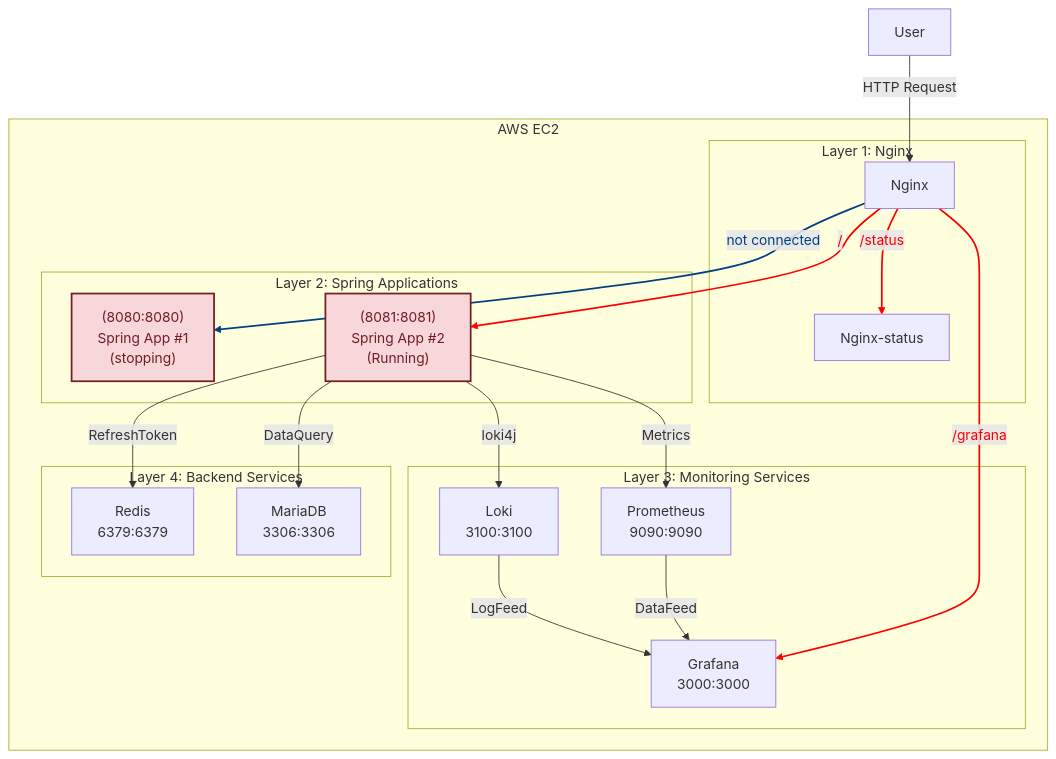
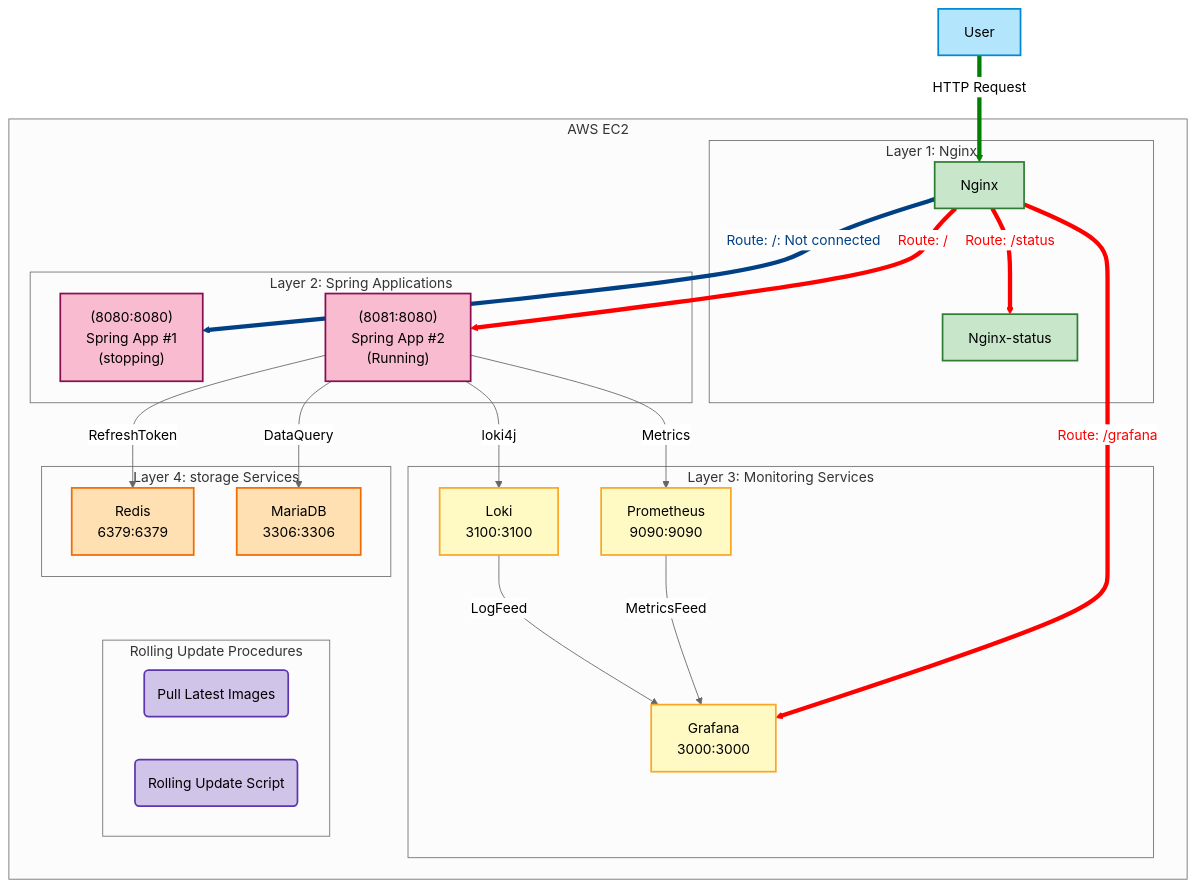
Before and after one commit to tape4/spring-cicd-template: the fourth of 5 diagrams in README.md, drawn with Mermaid. The commit also changed other lines of this file, not shown here.

````diff
--- a/README.md
+++ b/README.md
@@ -195,60 +225,71 @@
 ```mermaid
+%%{init: {'theme': 'neutral', 'themeVariables': { 'background': '#F0F0F0' }}}%%
 flowchart TD
-		%% 노드에 적용할 클래스 정의
+	%% 노드에 적용할 클래스 정의
     classDef redText fill:#f8d7da,stroke:#721c24,stroke-width:2px,color:#721c24;
     classDef blueText fill:#cce5ff,stroke:#004085,stroke-width:2px,color:#004085;
+    classDef external fill:#b3e5fc,stroke:#0288d1,stroke-width:2px;
+    classDef nginx fill:#c8e6c9,stroke:#2e7d32,stroke-width:2px;
+    classDef app fill:#f8bbd0,stroke:#880e4f,stroke-width:2px;
+    classDef monitor fill:#fff9c4,stroke:#f9a825,stroke-width:2px;
+    classDef storage fill:#ffe0b2,stroke:#ef6c00,stroke-width:2px;
+    classDef management fill:#d1c4e9,stroke:#5e35b1,stroke-width:2px;
     
-    %% 외부 사용자 노드
-    U[User]
+     %% 외부 사용자 노드
+    U[User]:::external
 
     %% AWS EC2 내 시스템 전체를 묶는 서브그래프
     subgraph "AWS EC2"
         %% Layer 1: Nginx
         subgraph "Layer 1: Nginx"
-          N[Nginx]
-          NS[Nginx-status]
+          N[Nginx]:::nginx
+          NS[Nginx-status]:::nginx
         end
 
         %% Layer 2: Spring Applications
         subgraph "Layer 2: Spring Applications"
-          S1["(8080:8080)<br/>Spring App #1<br/>(stopping)"]
-          S2["(8081:8081)<br/>Spring App #2<br/>(Running)"]
-	        class S1 redText
-	        class S2 redText
+          S1["(8080:8080)<br/>Spring App #1<br/>(stopping)"]:::app
+          S2["(8081:8080)<br/>Spring App #2<br/>(Running)"]:::app
         end
 
         %% Layer 3: Monitoring Services
         subgraph "Layer 3: Monitoring Services"
-          P[Prometheus<br/>9090:9090]
-          G[Grafana<br/>3000:3000]
-          L[Loki<br/>3100:3100]
+          P[Prometheus<br/>9090:9090]:::monitor
+          G[Grafana<br/>3000:3000]:::monitor
+          L[Loki<br/>3100:3100]:::monitor
         end
 
-        %% Layer 4: Backend Services
-        subgraph "Layer 4: Backend Services"
-          R[Redis<br/>6379:6379]
-          D[MariaDB<br/>3306:3306]
+        %% Layer 4: storage Services
+        subgraph "Layer 4: storage Services"
+          R[Redis<br/>6379:6379]:::storage
+          D[MariaDB<br/>3306:3306]:::storage
+        end
+
+        subgraph "Rolling Update Procedures"
+            PULL("Pull Latest Images"):::management
+            ROLL_UPDATE("Rolling Update Script"):::management
         end
 
         %% 내부 연결
-        N -- "not connected" --> S1
-        N -- "/" --> S2
-        N -- "/status" --> NS
-        N -- "/grafana" --> G
+        N -- "Route: /: Not connected" --> S1
+        N -- "Route: /" --> S2
+        N -- "Route: /status" --> NS
+        N -- "Route: /grafana" --> G
 
         S2 -- "Metrics" --> P
         S2 -- "loki4j" --> L
         S2 -- "RefreshToken" --> R
         S2 -- "DataQuery" --> D
 
-	P -- "DataFeed" --> G
+	P -- "MetricsFeed" --> G
 	L -- "LogFeed" --> G
     end
 
     U -->|HTTP Request| N
     
-    linkStyle 0 stroke:#004085, stroke-width:2px, color:#004085
-    linkStyle 1 stroke:#ff0000, stroke-width:2px, color:#ff0000
-    linkStyle 2 stroke:#ff0000, stroke-width:2px, color:#ff0000
-    linkStyle 3 stroke:#ff0000, stroke-width:2px, color:#ff0000
+    linkStyle 0 stroke:#004085, stroke-width:5px, color:#004085
+    linkStyle 1 stroke:#ff0000, stroke-width:5px, color:#ff0000
+    linkStyle 2 stroke:#ff0000, stroke-width:5px, color:#ff0000
+    linkStyle 3 stroke:#ff0000, stroke-width:5px, color:#ff0000
+    linkStyle 10 stroke:#008000, stroke-width:5px, color:#000000
 ```
````
